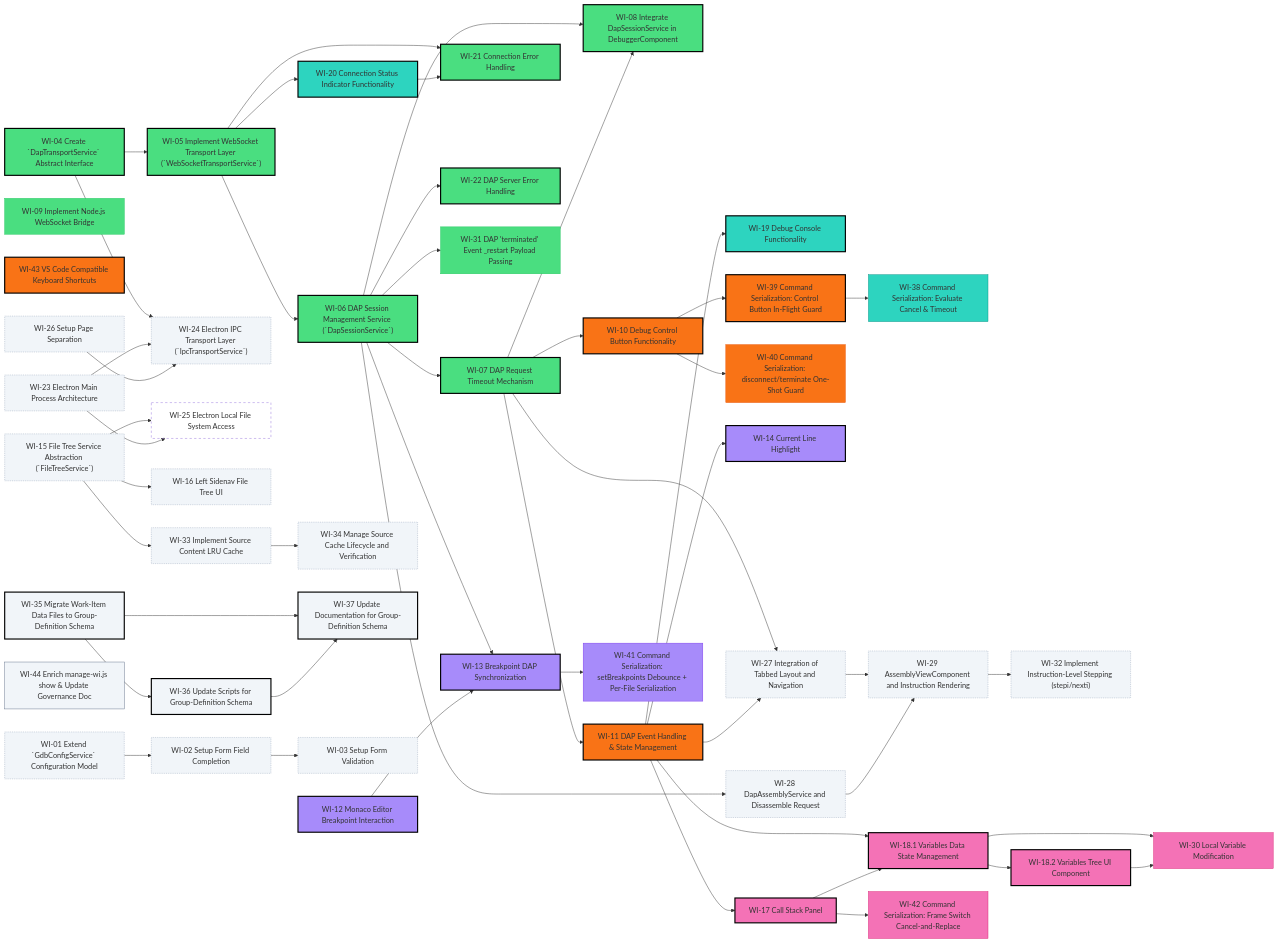
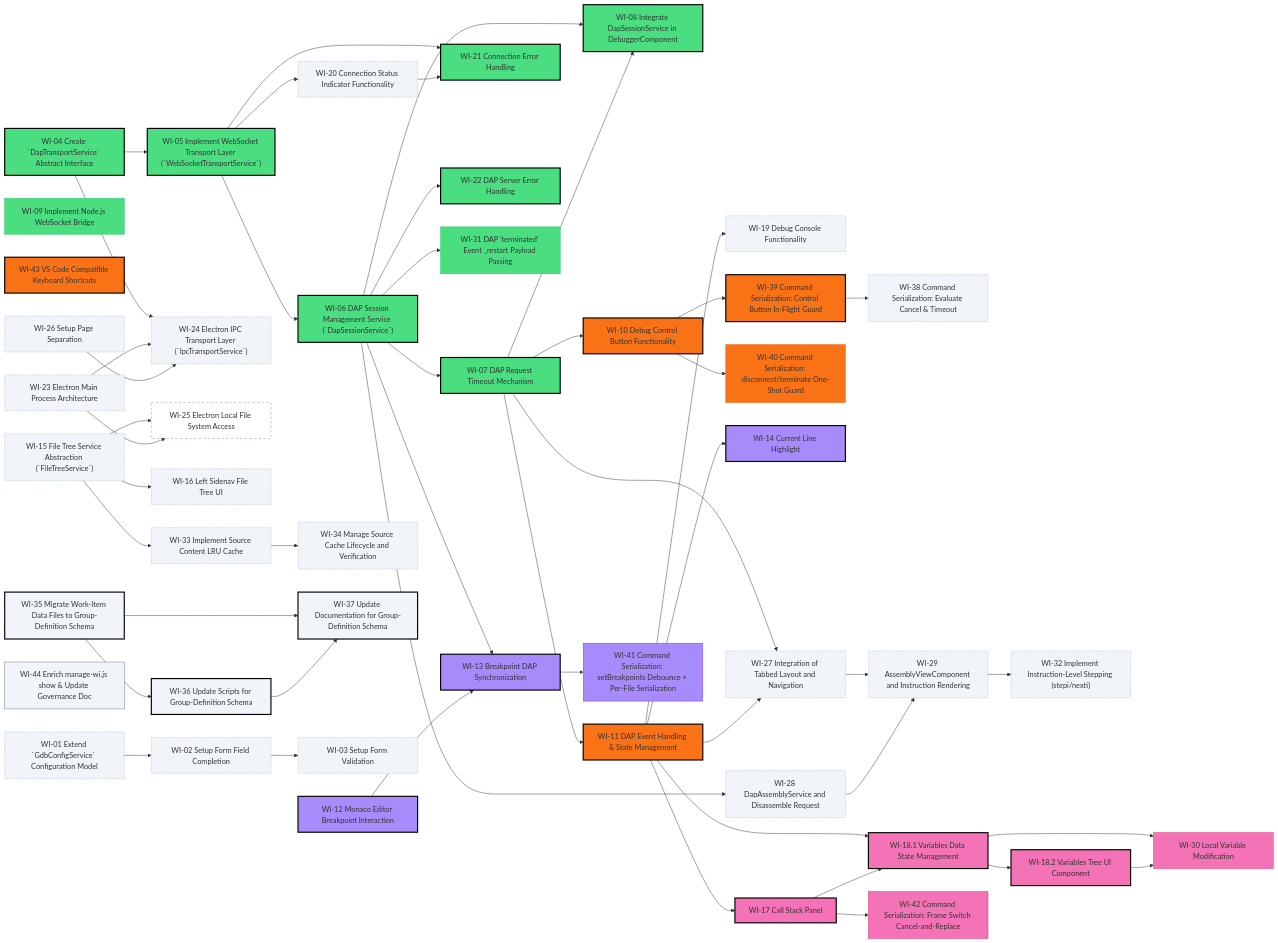
One commit to tangpo387-arch/taro-debugger changed the diagram in docs/project-roadmap.md. Above: the diagram before and after it, drawn with Mermaid. The commit also changed other lines of this file and 8 other files, not shown here.

```diff
--- a/docs/project-roadmap.md
+++ b/docs/project-roadmap.md
@@ -101,9 +101,9 @@
     WI_18_2 --> WI_30
     WI_17 --> WI_42
 
-    style WI_19 fill:#2dd4bf,stroke:#000,stroke-width:2.5px
-    style WI_20 fill:#2dd4bf,stroke:#000,stroke-width:2.5px
-    style WI_38 fill:#2dd4bf,stroke:#0d9488
+    style WI_19 fill:#f1f5f9,stroke:#94a3b8,stroke-width:1px,stroke-dasharray:2
+    style WI_20 fill:#f1f5f9,stroke:#94a3b8,stroke-width:1px,stroke-dasharray:2
+    style WI_38 fill:#f1f5f9,stroke:#94a3b8,stroke-width:1px,stroke-dasharray:2
     style WI_04 fill:#4ade80,stroke:#000,stroke-width:2.5px
     style WI_05 fill:#4ade80,stroke:#000,stroke-width:2.5px
     style WI_06 fill:#4ade80,stroke:#000,stroke-width:2.5px
```
